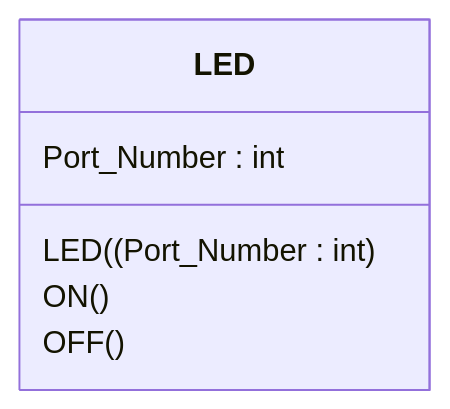
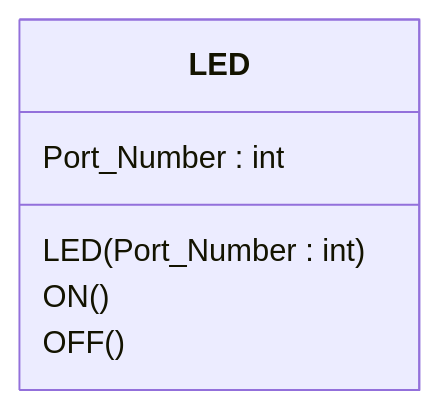
One commit to koson/ST67-Lab04-ESP32-LED-Component changed the diagram in README.md. Above: the diagram before and after it, drawn with Mermaid.

````diff
--- a/README.md
+++ b/README.md
@@ -7,9 +7,9 @@
 ```mermaid
 classDiagram
 class LED {
   Port_Number : int
-  LED((Port_Number : int)  
+  LED(Port_Number : int)  
   ON()
   OFF()
 }
 ```
````
